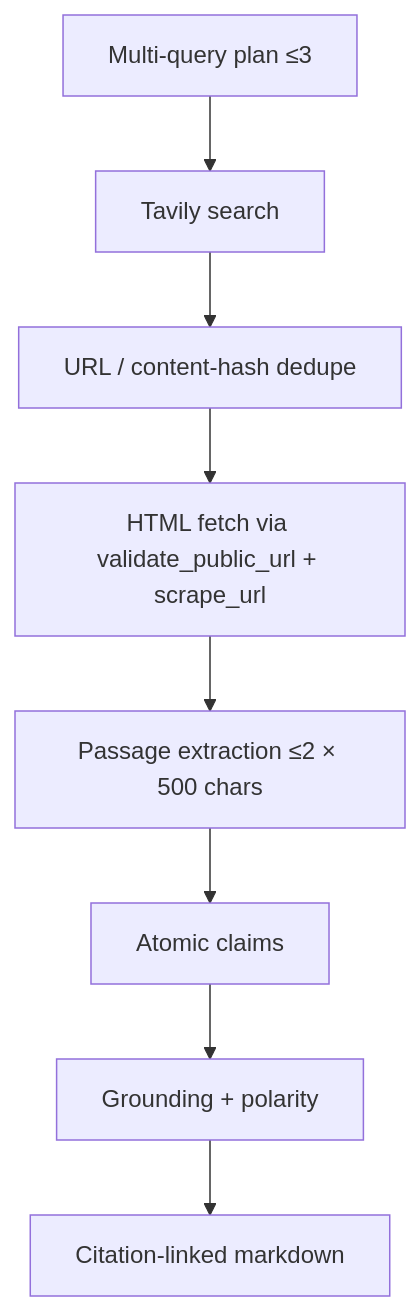
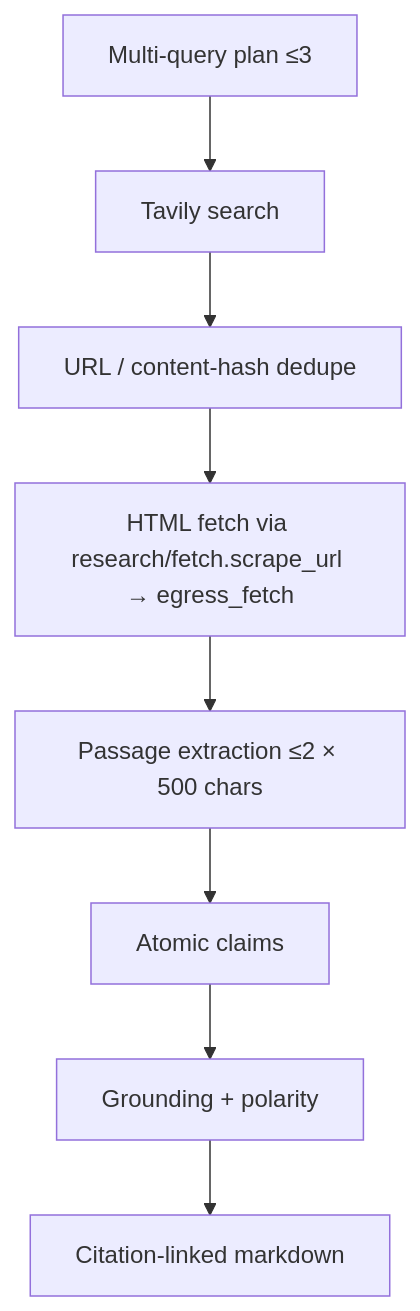
One commit to sumitjadhav1703/Multi_agent_research_system changed the diagram in docs/engineering-story/retrieval-and-evidence-engine.md. Above: the diagram before and after it, drawn with Mermaid. The commit also changed other lines of this file and 35 other files, not shown here.

````diff
--- a/docs/engineering-story/retrieval-and-evidence-engine.md
+++ b/docs/engineering-story/retrieval-and-evidence-engine.md
@@ -27,10 +27,10 @@
 ```mermaid
 flowchart TD
   Plan[Multi-query plan ≤3] --> Search[Tavily search]
   Search --> Dedupe[URL / content-hash dedupe]
-  Dedupe --> Fetch[HTML fetch via validate_public_url + scrape_url]
+  Dedupe --> Fetch[HTML fetch via research/fetch.scrape_url → egress_fetch]
   Fetch --> Passages[Passage extraction ≤2 × 500 chars]
   Passages --> Claims[Atomic claims]
   Claims --> Verify[Grounding + polarity]
   Verify --> Report[Citation-linked markdown]
 ```
````
